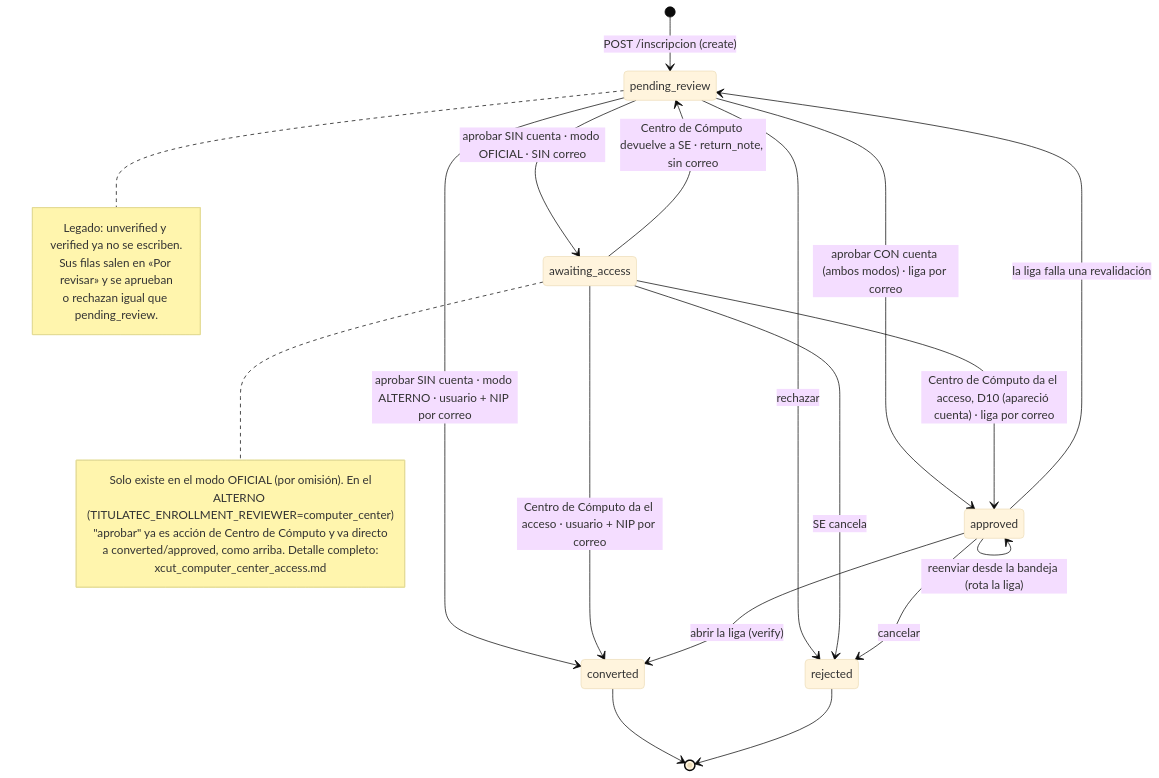
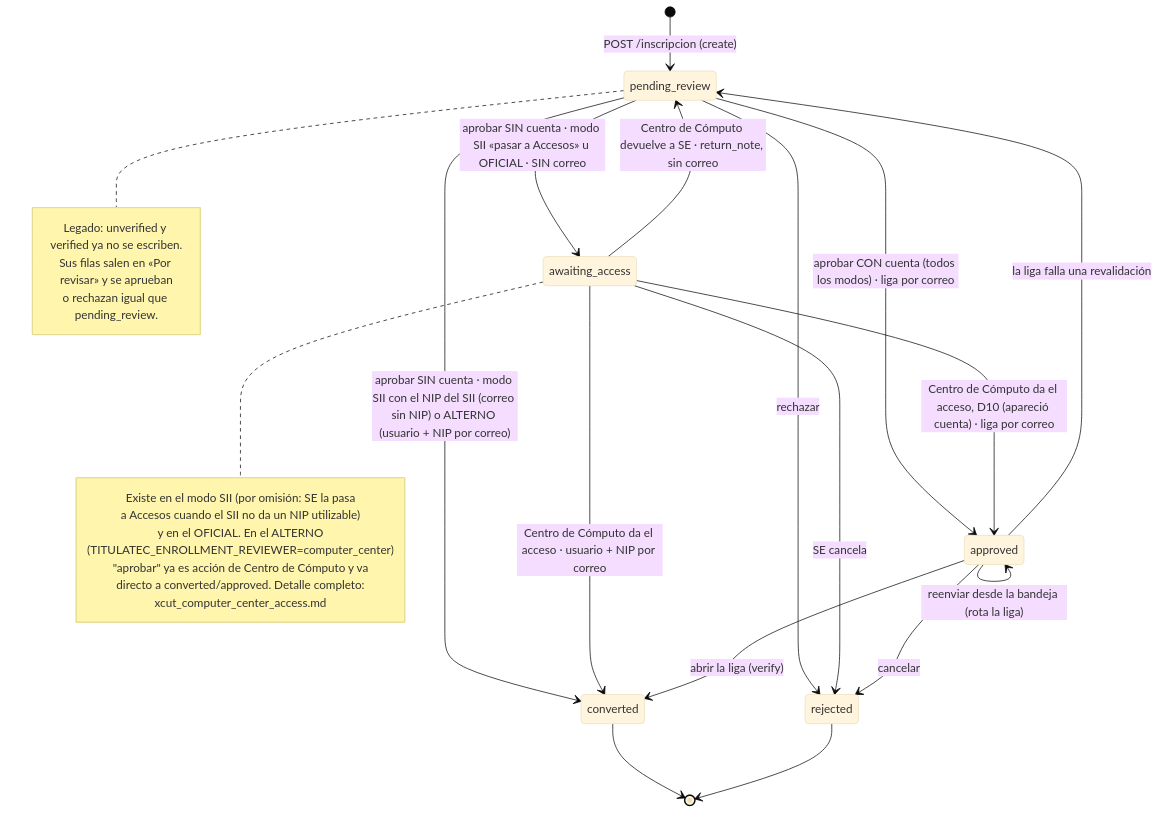
One commit to Erne1357/itcj changed the first of 2 diagrams in itcj2/apps/titulatec/docs/flows/xcut_public_enrollment.md. Above: the diagram before and after it, drawn with Mermaid (base theme). The commit also changed other lines of this file and 16 other files, not shown here.

First line of the commit message:
docs(titulatec): el SII informa y Servicios Escolares decide; ventana con hora

````diff
--- a/itcj2/apps/titulatec/docs/flows/xcut_public_enrollment.md
+++ b/itcj2/apps/titulatec/docs/flows/xcut_public_enrollment.md
@@ -137,30 +161,32 @@
 ```mermaid
 stateDiagram-v2
     [*] --> pending_review: POST /inscripcion (create)
-    pending_review --> awaiting_access: aprobar SIN cuenta · modo OFICIAL · SIN correo
-    pending_review --> converted: aprobar SIN cuenta · modo ALTERNO · usuario + NIP por correo
-    pending_review --> approved: aprobar CON cuenta (ambos modos) · liga por correo
+    pending_review --> awaiting_access: aprobar SIN cuenta · modo SII «pasar a Accesos» u OFICIAL · SIN correo
+    pending_review --> converted: aprobar SIN cuenta · modo SII con el NIP del SII (correo sin NIP) o ALTERNO (usuario + NIP por correo)
+    pending_review --> approved: aprobar CON cuenta (todos los modos) · liga por correo
     awaiting_access --> converted: Centro de Cómputo da el acceso · usuario + NIP por correo
     awaiting_access --> approved: Centro de Cómputo da el acceso, D10 (apareció cuenta) · liga por correo
     awaiting_access --> pending_review: Centro de Cómputo devuelve a SE · return_note, sin correo
     approved --> converted: abrir la liga (verify)
     approved --> pending_review: la liga falla una revalidación
     approved --> approved: reenviar desde la bandeja (rota la liga)
     pending_review --> rejected: rechazar
     awaiting_access --> rejected: SE cancela
     approved --> rejected: cancelar
     converted --> [*]
     rejected --> [*]
     note right of pending_review
         Legado: unverified y verified ya no se escriben.
         Sus filas salen en «Por revisar» y se aprueban
         o rechazan igual que pending_review.
     end note
     note right of awaiting_access
-        Solo existe en el modo OFICIAL (por omisión). En el
-        ALTERNO (TITULATEC_ENROLLMENT_REVIEWER=computer_center)
-        "aprobar" ya es acción de Centro de Cómputo y va directo
-        a converted/approved, como arriba. Detalle completo:
+        Existe en el modo SII (por omisión: SE la pasa
+        a Accesos cuando el SII no da un NIP utilizable)
+        y en el OFICIAL. En el ALTERNO
+        (TITULATEC_ENROLLMENT_REVIEWER=computer_center)
+        "aprobar" ya es acción de Centro de Cómputo y va
+        directo a converted/approved. Detalle completo:
         xcut_computer_center_access.md
     end note
 ```
````
